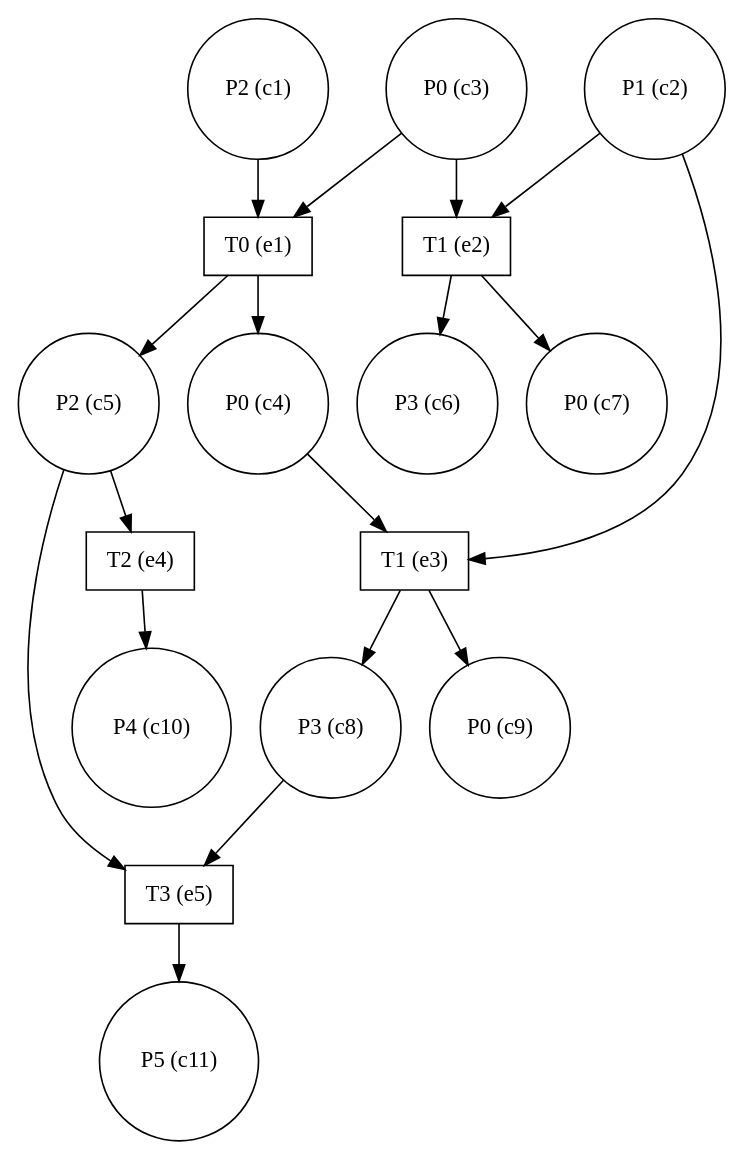
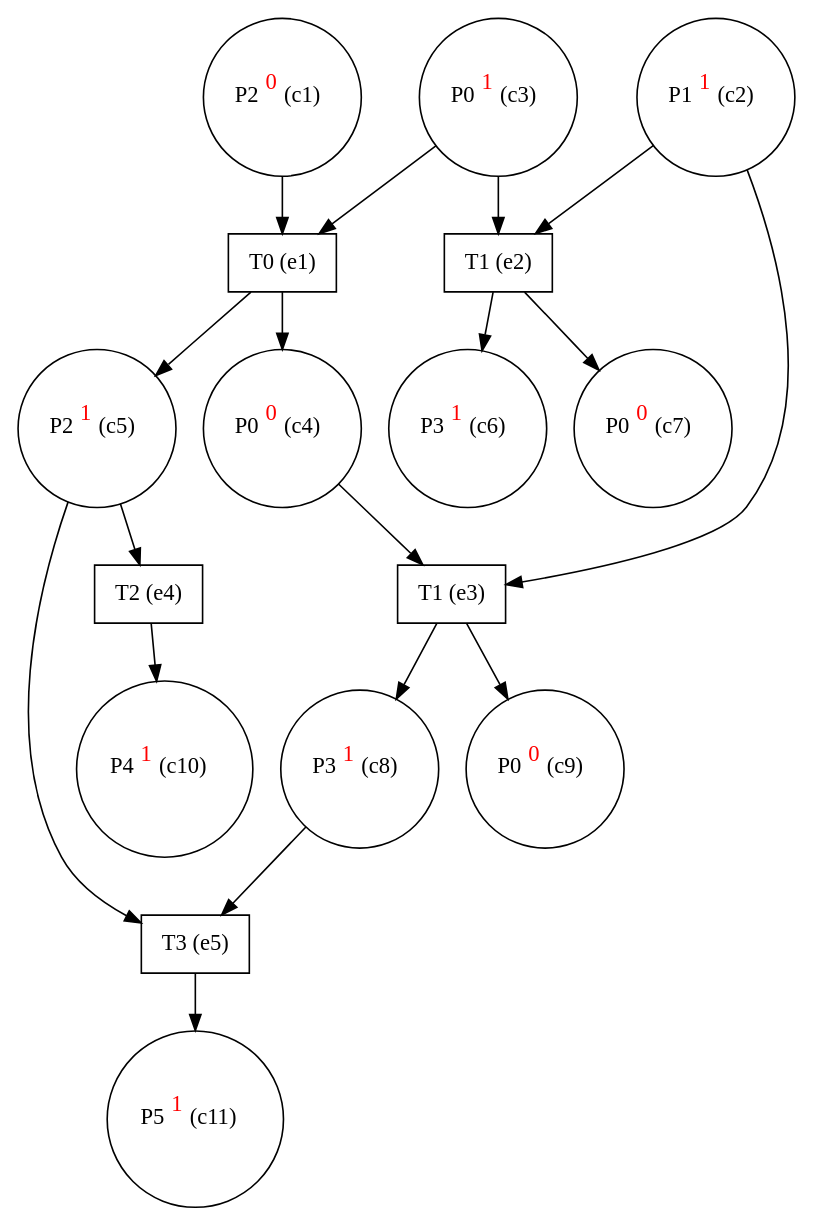
Before and after one commit to giannkas/ecofolder: the diagram in small_eg.dot, drawn with Graphviz. The commit also changed 14 other files, not shown here.

```diff
--- a/small_eg.dot
+++ b/small_eg.dot
@@ -1,35 +1,35 @@
 digraph test {
   c1 -> e1;
   c2 -> e3;
   c2 -> e2;
   c3 -> e2;
   c3 -> e1;
   e1 -> c4;
   c4 -> e3;
   e1 -> c5;
   c5 -> e5;
   c5 -> e4;
   e2 -> c6;
   e2 -> c7;
   e3 -> c8;
   c8 -> e5;
   e3 -> c9;
   e4 -> c10;
   e5 -> c11;
-  c1 [label="P2 (c1)" shape=circle];
-  c2 [label="P1 (c2)" shape=circle];
-  c3 [label="P0 (c3)" shape=circle];
-  c4 [label="P0 (c4)" shape=circle];
-  c5 [label="P2 (c5)" shape=circle];
-  c6 [label="P3 (c6)" shape=circle];
-  c7 [label="P0 (c7)" shape=circle];
-  c8 [label="P3 (c8)" shape=circle];
-  c9 [label="P0 (c9)" shape=circle];
-  c10 [label="P4 (c10)" shape=circle];
-  c11 [label="P5 (c11)" shape=circle];
+  c1 [label= <P2<FONT COLOR="red"><SUP>0</SUP></FONT>&nbsp;(c1)> shape=circle];
+  c2 [label= <P1<FONT COLOR="red"><SUP>1</SUP></FONT>&nbsp;(c2)> shape=circle];
+  c3 [label= <P0<FONT COLOR="red"><SUP>1</SUP></FONT>&nbsp;(c3)> shape=circle];
+  c4 [label= <P0<FONT COLOR="red"><SUP>0</SUP></FONT>&nbsp;(c4)> shape=circle];
+  c5 [label= <P2<FONT COLOR="red"><SUP>1</SUP></FONT>&nbsp;(c5)> shape=circle];
+  c6 [label= <P3<FONT COLOR="red"><SUP>1</SUP></FONT>&nbsp;(c6)> shape=circle];
+  c7 [label= <P0<FONT COLOR="red"><SUP>0</SUP></FONT>&nbsp;(c7)> shape=circle];
+  c8 [label= <P3<FONT COLOR="red"><SUP>1</SUP></FONT>&nbsp;(c8)> shape=circle];
+  c9 [label= <P0<FONT COLOR="red"><SUP>0</SUP></FONT>&nbsp;(c9)> shape=circle];
+  c10 [label= <P4<FONT COLOR="red"><SUP>1</SUP></FONT>&nbsp;(c10)> shape=circle];
+  c11 [label= <P5<FONT COLOR="red"><SUP>1</SUP></FONT>&nbsp;(c11)> shape=circle];
   e1 [label="T0 (e1)" shape=box];
   e2 [label="T1 (e2)" shape=box];
   e3 [label="T1 (e3)" shape=box];
   e4 [label="T2 (e4)" shape=box];
   e5 [label="T3 (e5)" shape=box];
 }
```
